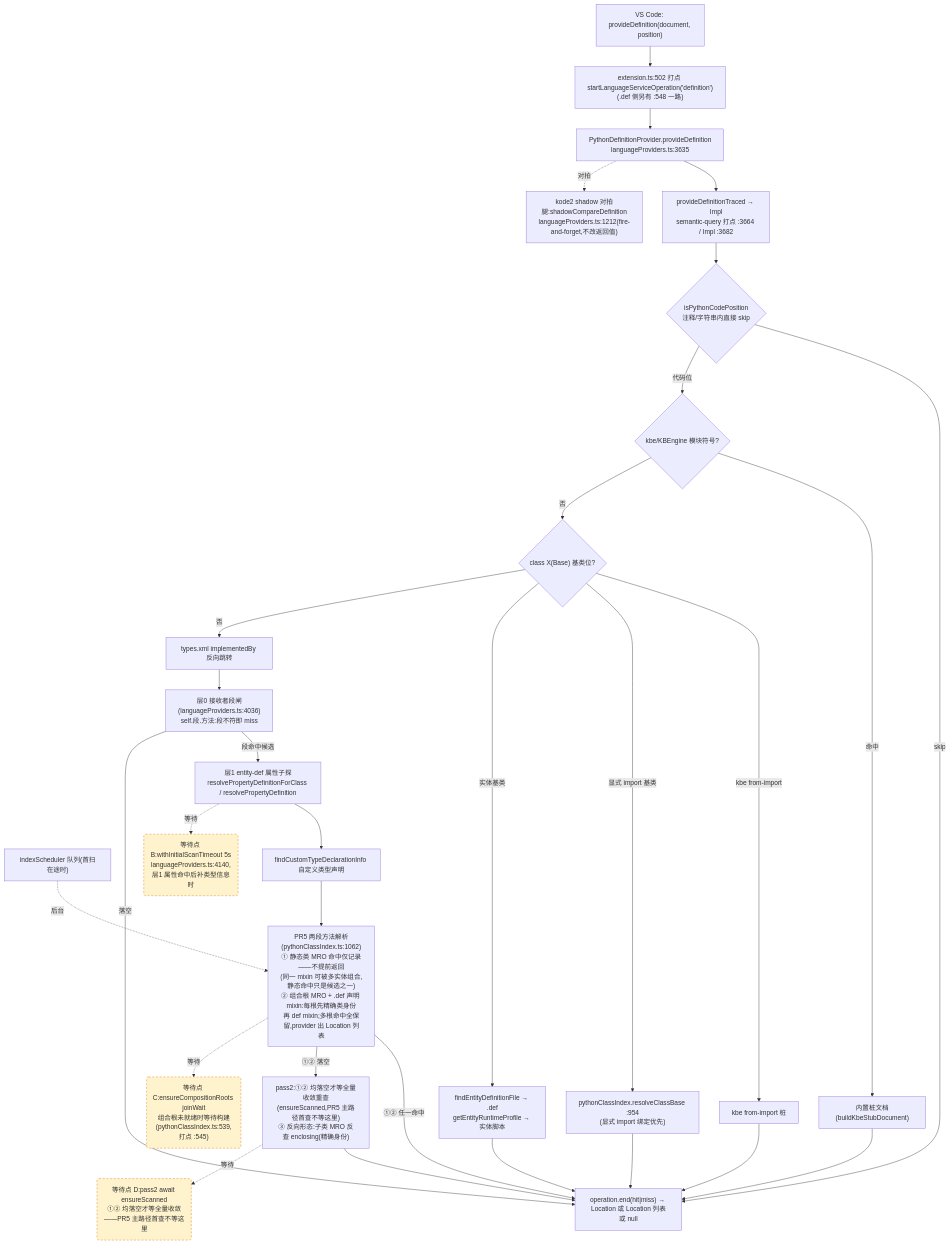
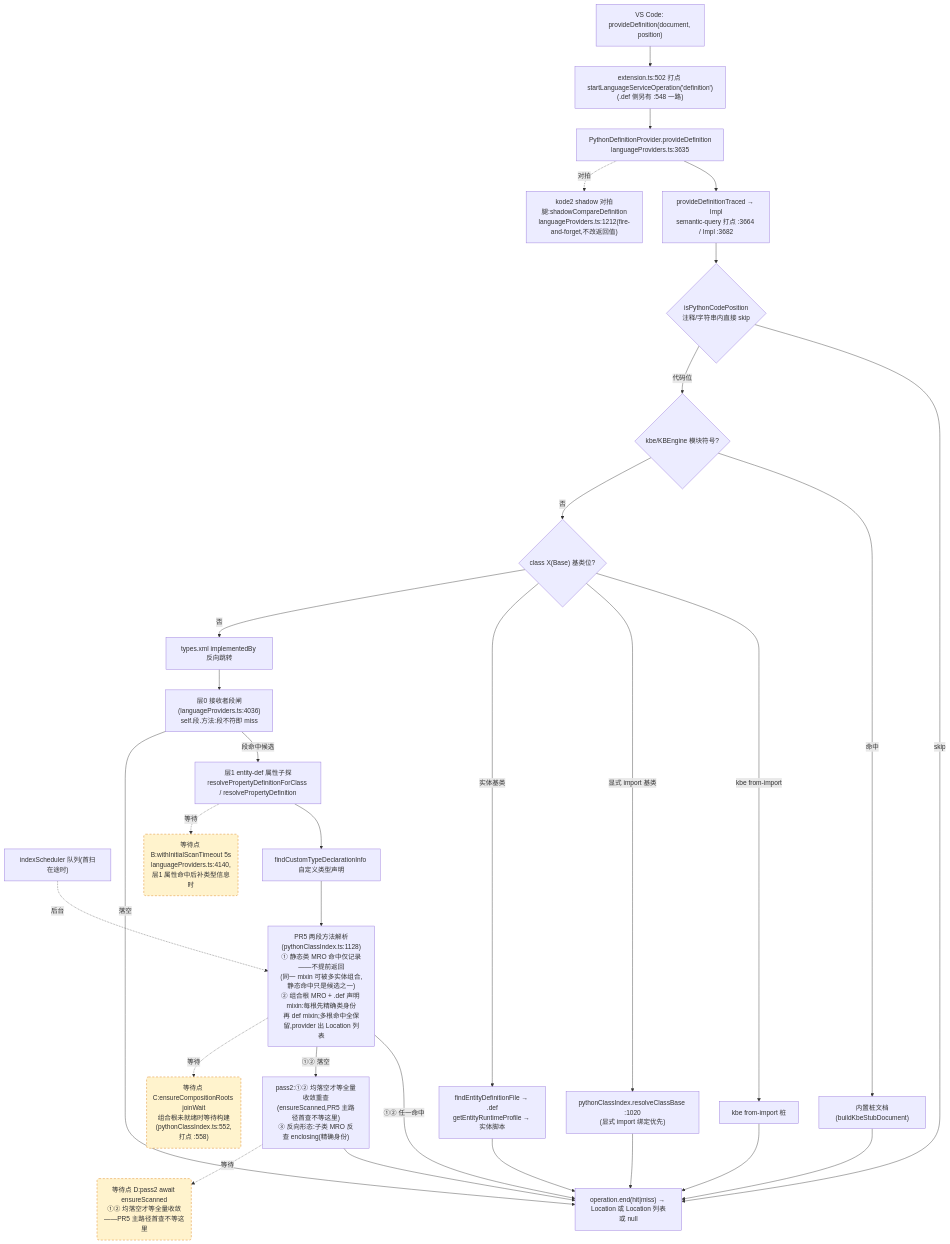
Before and after one commit to cuihairu/kode: the second of 4 diagrams in docs/perf/2026-baseline.md, drawn with Mermaid. The commit also changed 3 other files, not shown here.

````diff
--- a/docs/perf/2026-baseline.md
+++ b/docs/perf/2026-baseline.md
@@ -128,51 +128,51 @@
 ```mermaid
 flowchart TD
   VC2["VS Code: provideDefinition(document, position)"]
   M2["extension.ts:502 打点 startLanguageServiceOperation('definition')<br/>(.def 侧另有 :548 一路)"]
   AD2["PythonDefinitionProvider.provideDefinition<br/>languageProviders.ts:3635"]
   TR["provideDefinitionTraced → Impl<br/>semantic-query 打点 :3664 / Impl :3682"]
   CTX{"isPythonCodePosition<br/>注释/字符串内直接 skip"}
   KBE{"kbe/KBEngine 模块符号?"}
   STUB["内置桩文档(buildKbeStubDocument)"]
   CB{"class X(Base) 基类位?"}
   CB1["kbe from-import 桩"]
-  CB2["pythonClassIndex.resolveClassBase :954<br/>(显式 import 绑定优先)"]
+  CB2["pythonClassIndex.resolveClassBase :1020<br/>(显式 import 绑定优先)"]
   CB3["findEntityDefinitionFile → .def<br/>getEntityRuntimeProfile → 实体脚本"]
   REV["types.xml implementedBy 反向跳转"]
   L0["层0 接收者段闸(languageProviders.ts:4036)<br/>self.段.方法:段不符即 miss"]
   L1["层1 entity-def 属性子探<br/>resolvePropertyDefinitionForClass / resolvePropertyDefinition"]
   SCAN["indexScheduler 队列(首扫在途时)"]
   TY["findCustomTypeDeclarationInfo 自定义类型声明"]
-  MRO["PR5 两段方法解析(pythonClassIndex.ts:1062)<br/>① 静态类 MRO 命中仅记录——不提前返回<br/>(同一 mixin 可被多实体组合,静态命中只是候选之一)<br/>② 组合根 MRO + .def 声明 mixin:每根先精确类身份<br/>再 def mixin;多根命中全保留,provider 出 Location 列表"]
+  MRO["PR5 两段方法解析(pythonClassIndex.ts:1128)<br/>① 静态类 MRO 命中仅记录——不提前返回<br/>(同一 mixin 可被多实体组合,静态命中只是候选之一)<br/>② 组合根 MRO + .def 声明 mixin:每根先精确类身份<br/>再 def mixin;多根命中全保留,provider 出 Location 列表"]
   PASS2["pass2:①② 均落空才等全量收敛重查<br/>(ensureScanned,PR5 主路径首查不等这里)<br/>③ 反向形态:子类 MRO 反查 enclosing(精确身份)"]
   SHD["kode2 shadow 对拍腿:shadowCompareDefinition<br/>languageProviders.ts:1212(fire-and-forget,不改返回值)"]
   END2["operation.end(hit|miss) → Location 或 Location 列表或 null"]
 
   VC2 --> M2 --> AD2 --> TR --> CTX
   CTX -- "skip" --> END2
   CTX -- "代码位" --> KBE
   KBE -- "命中" --> STUB --> END2
   KBE -- "否" --> CB
   CB -- "kbe from-import" --> CB1 --> END2
   CB -- "显式 import 基类" --> CB2 --> END2
   CB -- "实体基类" --> CB3 --> END2
   CB -- "否" --> REV --> L0
   L0 -- "段命中候选" --> L1
   L0 -- "落空" --> END2
   L1 --> TY
   TY --> MRO
   MRO -- "①② 任一命中" --> END2
   MRO -- "①② 落空" --> PASS2 --> END2
   AD2 -.->|对拍| SHD
 
   WAITB("等待点 B:withInitialScanTimeout 5s<br/>languageProviders.ts:4140,层1 属性命中后补类型信息时")
-  WAITC("等待点 C:ensureCompositionRoots joinWait<br/>组合根未就绪时等待构建(pythonClassIndex.ts:539,打点 :545)")
+  WAITC("等待点 C:ensureCompositionRoots joinWait<br/>组合根未就绪时等待构建(pythonClassIndex.ts:552,打点 :558)")
   WAITD("等待点 D:pass2 await ensureScanned<br/>①② 均落空才等全量收敛——PR5 主路径首查不等这里")
   L1 -.->|等待| WAITB
   MRO -.->|等待| WAITC
   PASS2 -.->|等待| WAITD
   SCAN -.->|后台| MRO
 
   classDef waitPoint fill:#fff3cd,stroke:#d97706,stroke-dasharray:5 4;
   class WAITB,WAITC,WAITD waitPoint;
 ```
````
